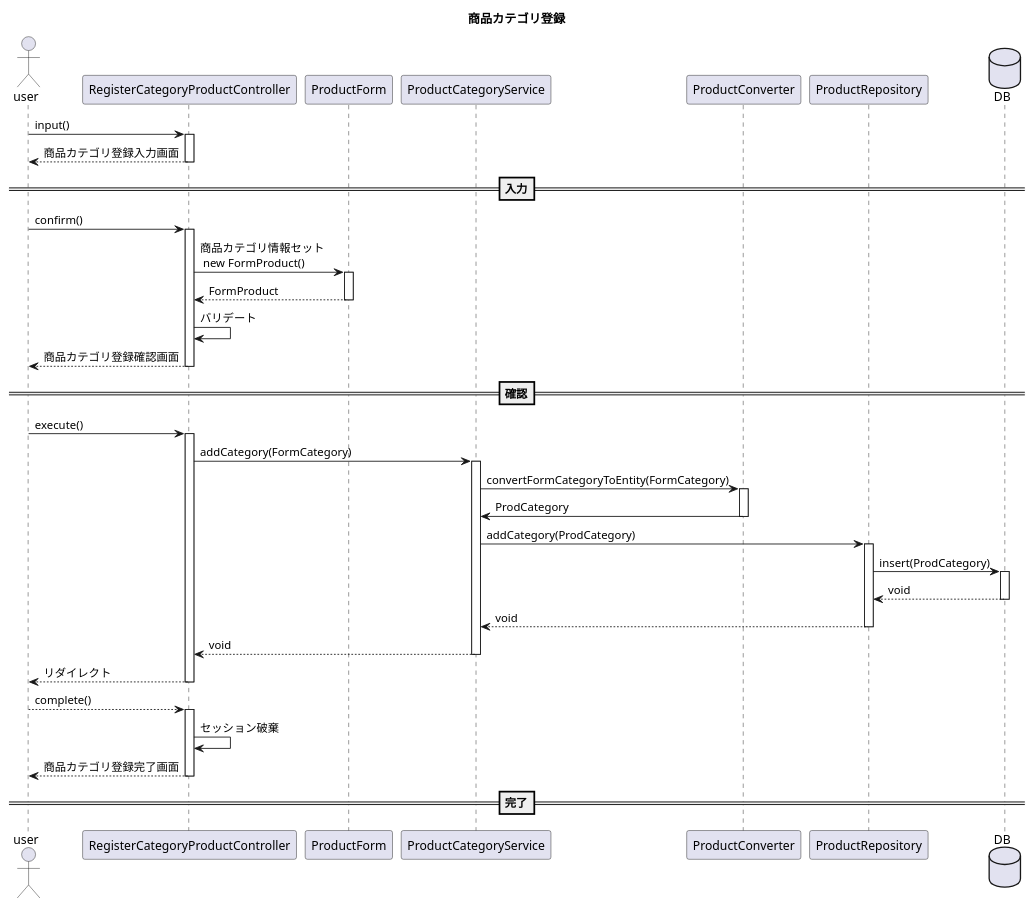
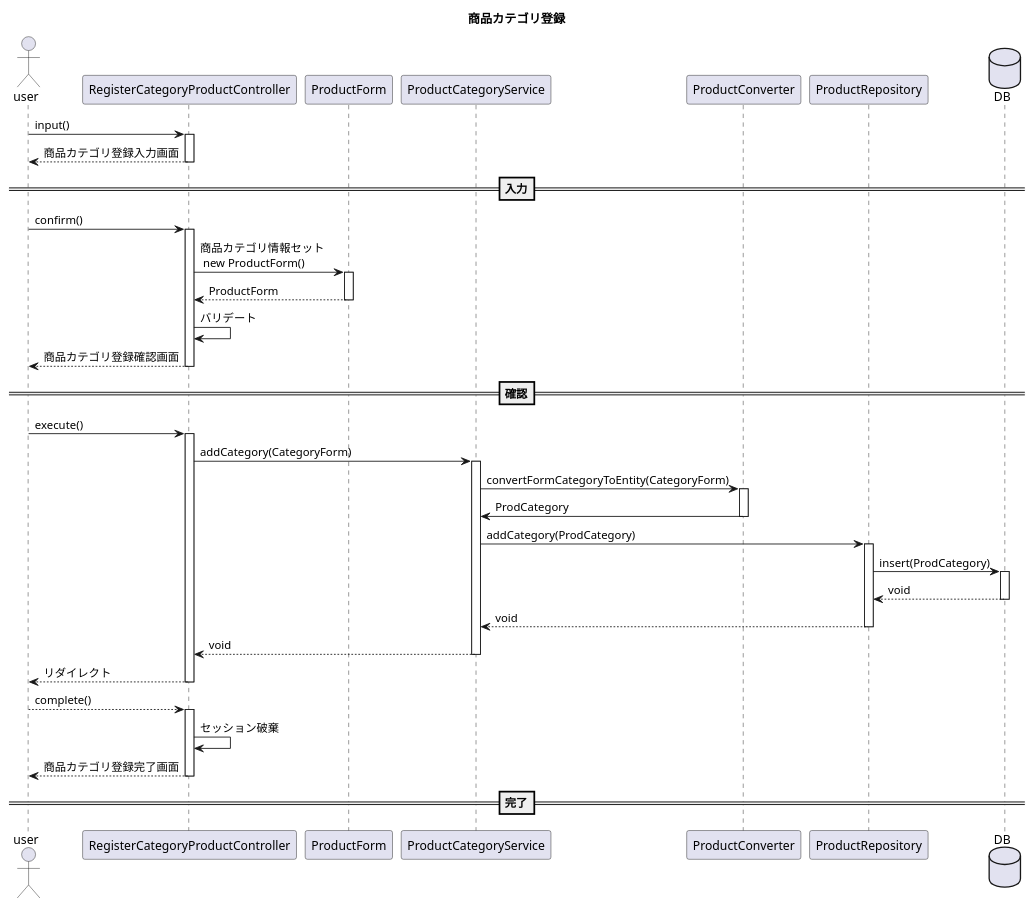
One commit to kanavii3333/ec-b changed the diagram in plan/uml/sequence/uc014.plantuml. Above: the diagram before and after it, drawn with PlantUML. The commit also changed 5 other files, not shown here.

```diff
--- a/plan/uml/sequence/uc014.plantuml
+++ b/plan/uml/sequence/uc014.plantuml
@@ -1,35 +1,35 @@
 @startuml
 title 商品カテゴリ登録
 actor user
 participant RegisterCategoryProductController as Controller
 participant ProductForm as Form
 participant ProductCategoryService as Service
 participant ProductConverter as Helper
 participant ProductRepository as Repository
 database DB
 
 
 user -> Controller++:input()
 user <-- Controller--:商品カテゴリ登録入力画面
 ==入力==
 user -> Controller++:confirm()
-Controller -> Form++:商品カテゴリ情報セット\n new FormProduct()
-Controller <-- Form--:FormProduct
+Controller -> Form++:商品カテゴリ情報セット\n new ProductForm()
+Controller <-- Form--:ProductForm
 Controller -> Controller:バリデート
 user <-- Controller--:商品カテゴリ登録確認画面
 ==確認==
 user -> Controller++:execute()
-Controller -> Service++:addCategory(FormCategory)
-Service -> Helper++:convertFormCategoryToEntity(FormCategory)
+Controller -> Service++:addCategory(CategoryForm)
+Service -> Helper++:convertFormCategoryToEntity(CategoryForm)
 Service <- Helper--:ProdCategory
 Service -> Repository++:addCategory(ProdCategory)
 Repository -> DB++:insert(ProdCategory)
 Repository <-- DB--:void
 Service <-- Repository--:void
 Controller <-- Service--:void
 user <-- Controller--:リダイレクト
 user --> Controller++:complete()
 Controller -> Controller:セッション破棄
 user <-- Controller--:商品カテゴリ登録完了画面
 ==完了==
 @enduml
```
